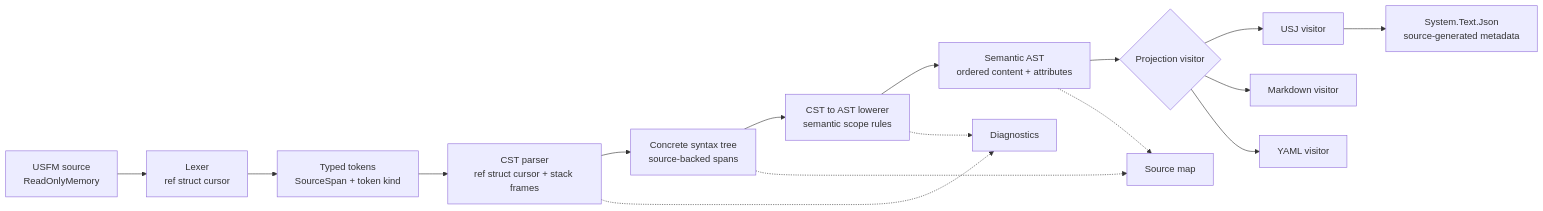
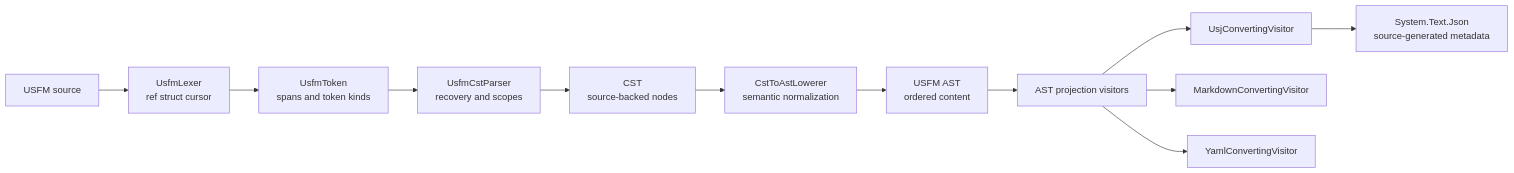
Before and after one commit to danzuep/nice-usfm-json: the first of 3 diagrams in docs/architecture.md, drawn with Mermaid. The commit also changed other lines of this file and 27 other files, not shown here.

````diff
--- a/docs/architecture.md
+++ b/docs/architecture.md
@@ -23,19 +13,14 @@
 ```mermaid
 flowchart LR
-    S[USFM source\nReadOnlyMemory<char>] --> L[Lexer\nref struct cursor]
-    L --> T[Typed tokens\nSourceSpan + token kind]
-    T --> C[CST parser\nref struct cursor + stack frames]
-    C --> CST[Concrete syntax tree\nsource-backed spans]
-    CST --> A[ CST to AST lowerer\nsemantic scope rules]
-    A --> AST[Semantic AST\nordered content + attributes]
-    AST --> V{Projection visitor}
-    V --> U[USJ visitor]
-    V --> M[Markdown visitor]
-    V --> Y[YAML visitor]
-    U --> J[System.Text.Json\nsource-generated metadata]
-
-    C -.-> D[Diagnostics]
-    A -.-> D
-    CST -.-> SM[Source map]
-    AST -.-> SM
+    Source[USFM source] --> Lexer[UsfmLexer\nref struct cursor]
+    Lexer --> Tokens[UsfmToken\nspans and token kinds]
+    Tokens --> Parser[UsfmCstParser\nrecovery and scopes]
+    Parser --> CST[CST\nsource-backed nodes]
+    CST --> Lowerer[CstToAstLowerer\nsemantic normalization]
+    Lowerer --> AST[USFM AST\nordered content]
+    AST --> Visitors[AST projection visitors]
+    Visitors --> USJ[UsjConvertingVisitor]
+    Visitors --> Markdown[MarkdownConvertingVisitor]
+    Visitors --> YAML[YamlConvertingVisitor]
+    USJ --> JSON[System.Text.Json\nsource-generated metadata]
 ```
````
